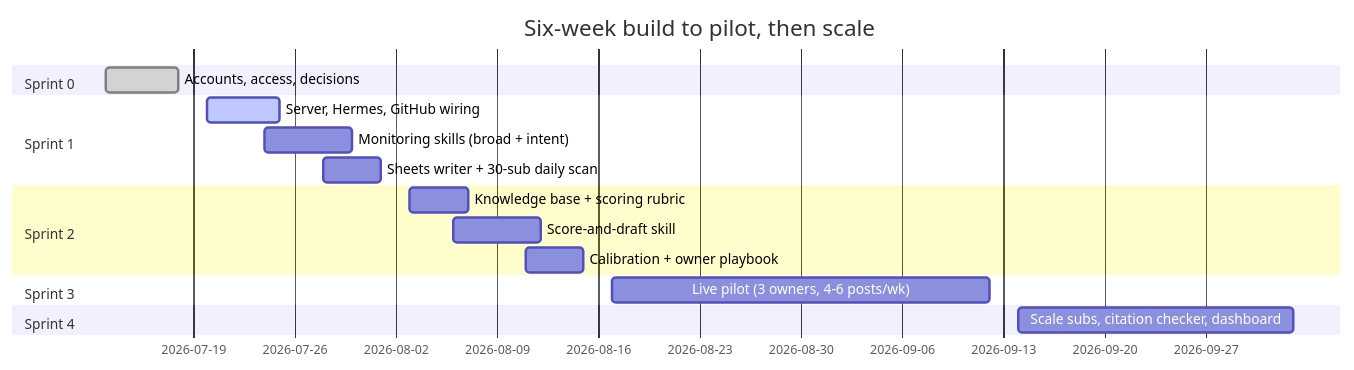
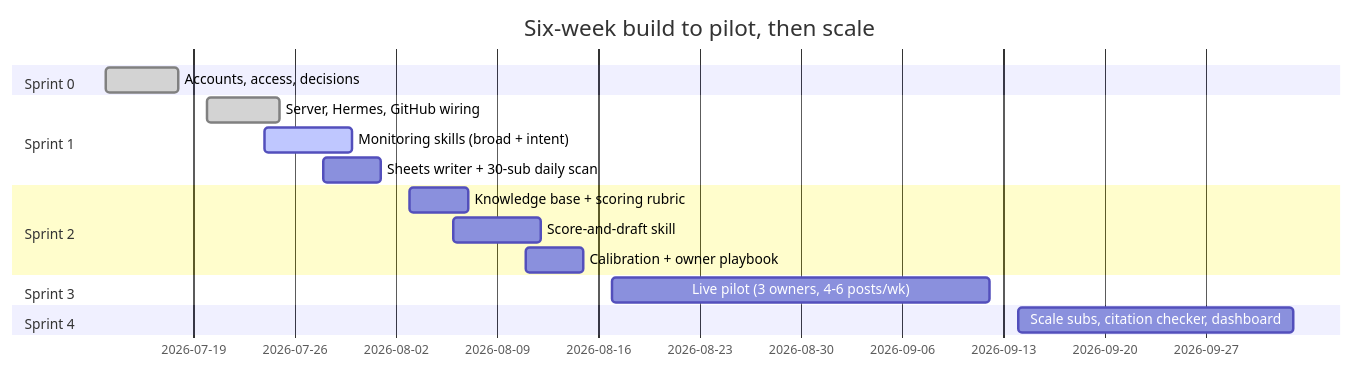
Before and after one commit to imranbayone/bayone-answer-engine: the third of 3 diagrams in README.md, drawn with Mermaid. The commit also changed other lines of this file, not shown here.

````diff
--- a/README.md
+++ b/README.md
@@ -188,19 +248,19 @@
 ```mermaid
 gantt
     dateFormat  YYYY-MM-DD
     title Six-week build to pilot, then scale
     section Sprint 0
     Accounts, access, decisions           :done, s0, 2026-07-13, 5d
     section Sprint 1
-    Server, Hermes, GitHub wiring         :active, s1a, 2026-07-20, 5d
-    Monitoring skills (broad + intent)    :s1b, 2026-07-24, 6d
+    Server, Hermes, GitHub wiring         :done, s1a, 2026-07-20, 5d
+    Monitoring skills (broad + intent)    :active, s1b, 2026-07-24, 6d
     Sheets writer + 30-sub daily scan     :s1c, 2026-07-28, 4d
     section Sprint 2
     Knowledge base + scoring rubric       :s2a, 2026-08-03, 4d
     Score-and-draft skill                 :s2b, 2026-08-06, 6d
     Calibration + owner playbook          :s2c, 2026-08-11, 4d
     section Sprint 3
     Live pilot (3 owners, 4-6 posts/wk)   :s3, 2026-08-17, 26d
     section Sprint 4
     Scale subs, citation checker, dashboard :s4, 2026-09-14, 19d
 ```
````
